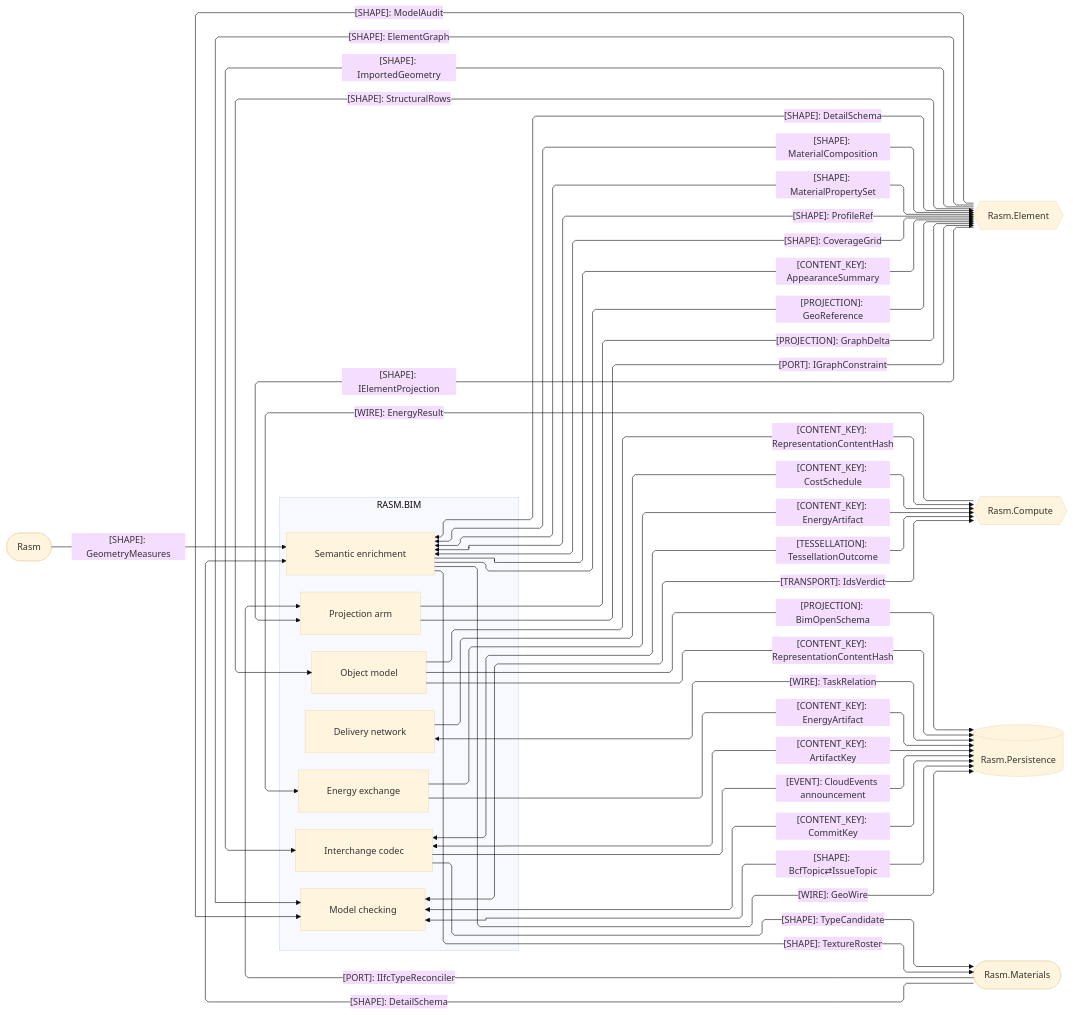
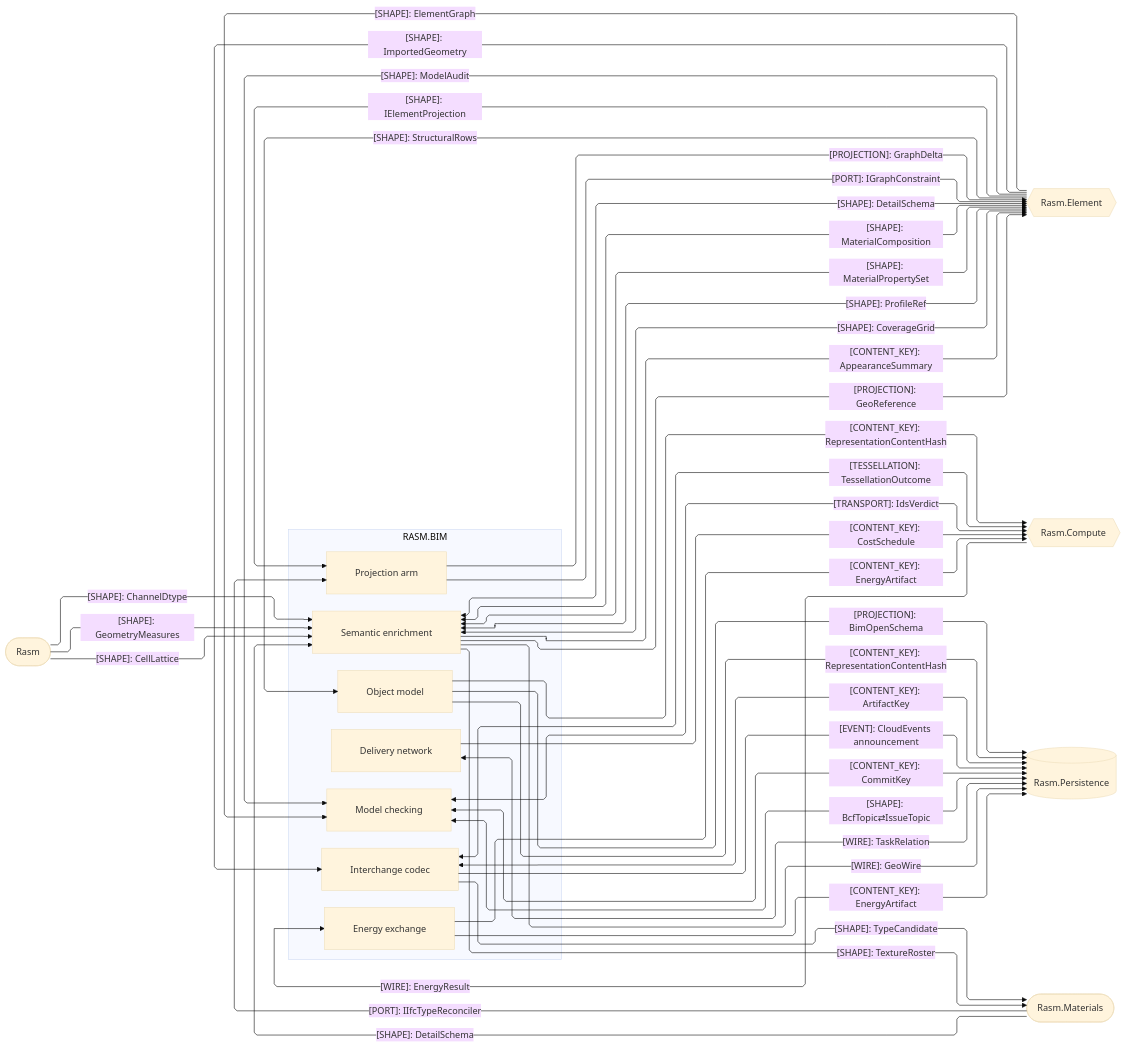
One commit to bsamiee/Rasm changed the second of 3 diagrams in libs/csharp/Rasm.Bim/ARCHITECTURE.md. Above: the diagram before and after it, drawn with Mermaid (base theme). The commit also changed 16 other files, not shown here.

````diff
--- a/libs/csharp/Rasm.Bim/ARCHITECTURE.md
+++ b/libs/csharp/Rasm.Bim/ARCHITECTURE.md
@@ -121,60 +121,62 @@
 ```mermaid
 ---
 config:
   layout: elk
   flowchart:
     curve: linear
     padding: 25
 ---
 flowchart LR
     accTitle: Bim same-branch domain and storage seams
     accDescr: Bim sub-domain owners exchanging projections, content keys, and tessellation with the same-branch AEC peers and the durable store.
     subgraph bim[RASM.BIM]
         Projection[Projection arm]
         Model[Object model]
         Semantics[Semantic enrichment]
         Exchange[Interchange codec]
         Review[Model checking]
         Energy[Energy exchange]
         Planning[Delivery network]
     end
     Element{{Rasm.Element}}
     Compute{{Rasm.Compute}}
     Persistence[(Rasm.Persistence)]
     Materials([Rasm.Materials])
     Rasm([Rasm])
     Element -->|"[SHAPE]: IElementProjection"| Projection
     Projection -->|"[PROJECTION]: GraphDelta"| Element
     Projection -->|"[PORT]: IGraphConstraint"| Element
     Element -->|"[SHAPE]: ImportedGeometry"| Exchange
     Element -->|"[SHAPE]: ElementGraph"| Review
     Semantics <-->|"[SHAPE]: DetailSchema"| Element
     Semantics <-->|"[SHAPE]: MaterialComposition"| Element
     Semantics <-->|"[SHAPE]: MaterialPropertySet"| Element
     Semantics <-->|"[SHAPE]: ProfileRef"| Element
     Semantics <-->|"[SHAPE]: CoverageGrid"| Element
     Semantics -->|"[CONTENT_KEY]: AppearanceSummary"| Element
     Semantics -->|"[PROJECTION]: GeoReference"| Element
     Element -->|"[SHAPE]: StructuralRows"| Model
     Element -->|"[SHAPE]: ModelAudit"| Review
     Materials -->|"[PORT]: IIfcTypeReconciler"| Projection
     Exchange -->|"[SHAPE]: TypeCandidate"| Materials
     Semantics -->|"[SHAPE]: TextureRoster"| Materials
     Materials -->|"[SHAPE]: DetailSchema"| Semantics
     Rasm -->|"[SHAPE]: GeometryMeasures"| Semantics
+    Rasm -->|"[SHAPE]: CellLattice"| Semantics
+    Rasm -->|"[SHAPE]: ChannelDtype"| Semantics
     Model -->|"[CONTENT_KEY]: RepresentationContentHash"| Compute
     Exchange <-->|"[TESSELLATION]: TessellationOutcome"| Compute
     Review <-->|"[TRANSPORT]: IdsVerdict"| Compute
     Planning -->|"[CONTENT_KEY]: CostSchedule"| Compute
     Energy -->|"[CONTENT_KEY]: EnergyArtifact"| Compute
     Compute -->|"[WIRE]: EnergyResult"| Energy
     Model -->|"[PROJECTION]: BimOpenSchema"| Persistence
     Model -->|"[CONTENT_KEY]: RepresentationContentHash"| Persistence
     Exchange <-->|"[CONTENT_KEY]: ArtifactKey"| Persistence
     Exchange -->|"[EVENT]: CloudEvents announcement"| Persistence
     Review <-->|"[CONTENT_KEY]: CommitKey"| Persistence
     Review <-->|"[SHAPE]: BcfTopic⇄IssueTopic"| Persistence
     Energy -->|"[CONTENT_KEY]: EnergyArtifact"| Persistence
     Planning <-->|"[WIRE]: TaskRelation"| Persistence
     Semantics -->|"[WIRE]: GeoWire"| Persistence
 ```
````
